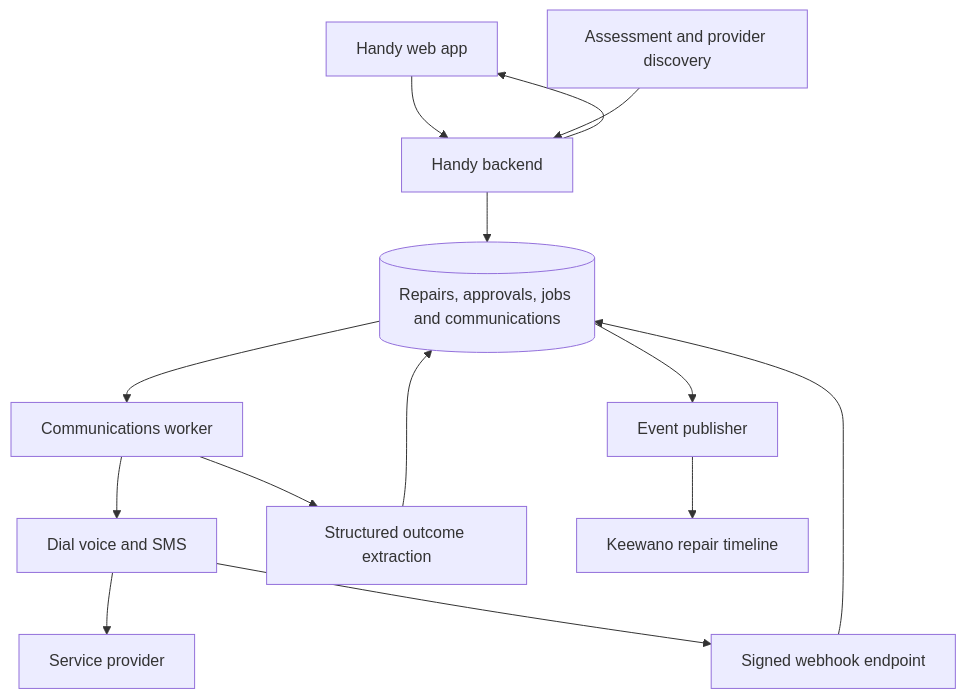
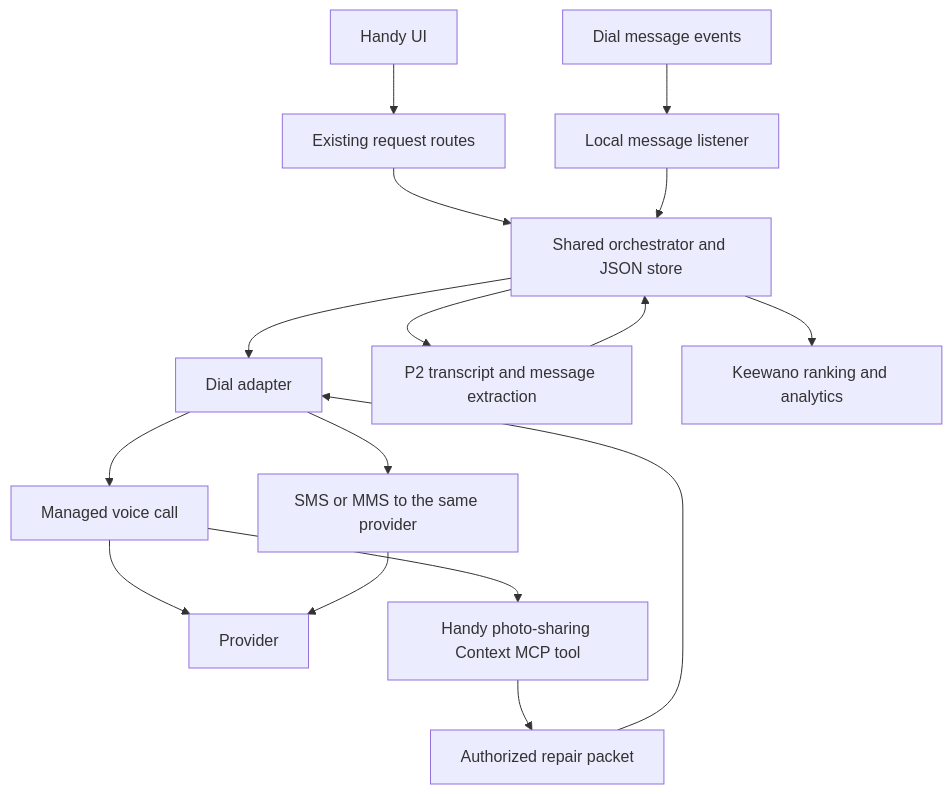
One commit to alvinwang922/handy changed the diagram in eng-design/dial-sms-and-calls.md. Above: the diagram before and after it, drawn with Mermaid. The commit also changed other lines of this file and 1 other file, not shown here.

Commit message:
Align Dial design with app contracts and in-call photo sharing

````diff
--- a/eng-design/dial-sms-and-calls.md
+++ b/eng-design/dial-sms-and-calls.md
@@ -33,16 +32,18 @@
 ```mermaid
 flowchart TD
-    UI[Handy web app] --> API[Handy backend]
-    Assessment[Assessment and provider discovery] --> API
-    API --> DB[(Repairs, approvals, jobs and communications)]
-    DB --> Worker[Communications worker]
-    Worker --> Dial[Dial voice and SMS]
-    Dial --> Provider[Service provider]
-    Dial --> Webhook[Signed webhook endpoint]
-    Webhook --> DB
-    Worker --> Extract[Structured outcome extraction]
-    Extract --> DB
-    DB --> Outbox[Event publisher]
-    Outbox --> Keewano[Keewano repair timeline]
-    API --> UI
+    UI[Handy UI] --> API[Existing request routes]
+    API --> O[Shared orchestrator and JSON store]
+    O --> D[Dial adapter]
+    D --> Voice[Managed voice call]
+    Voice --> Pro[Provider]
+    Voice --> MCP[Handy photo-sharing Context MCP tool]
+    MCP --> Packet[Authorized repair packet]
+    Packet --> D
+    D --> MMS[SMS or MMS to the same provider]
+    MMS --> Pro
+    Events[Dial message events] --> Listener[Local message listener]
+    Listener --> O
+    O --> AI[P2 transcript and message extraction]
+    AI --> O
+    O --> K[Keewano ranking and analytics]
 ```
````
